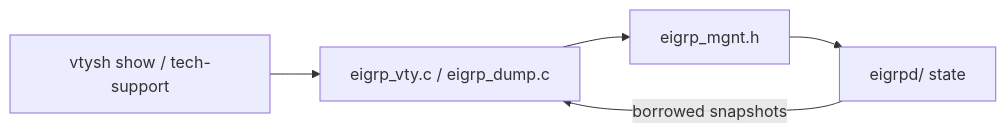
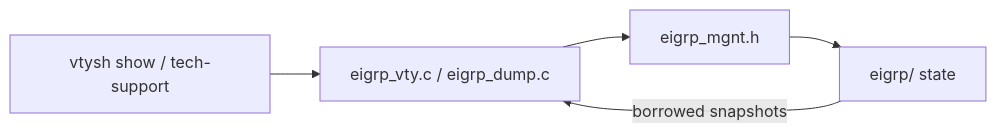
The second of 2 diagrams in frr/README.md (diivious/eigrp), drawn with Mermaid before and after one commit. The commit also changed other lines of this file and 369 other files, not shown here.

````diff
--- a/frr/README.md
+++ b/frr/README.md
@@ -95,12 +103,12 @@
 ```mermaid
 flowchart LR
   show["vtysh show / tech-support"]
   vty["eigrp_vty.c / eigrp_dump.c"]
   mgnt["eigrp_mgnt.h"]
-  core["eigrpd/ state"]
+  core["eigrp/ state"]
 
   show --> vty
   vty --> mgnt
   mgnt --> core
   core -->|"borrowed snapshots"| vty
 ```
````
